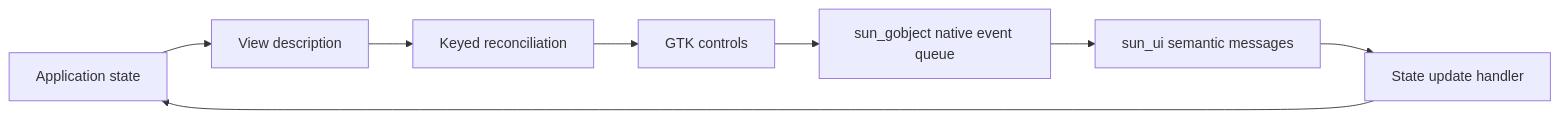
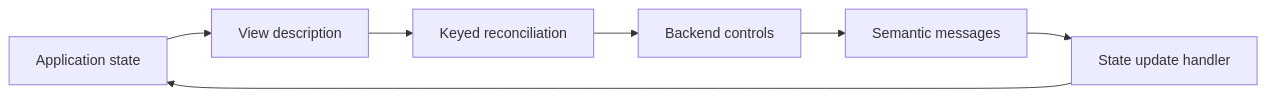
Before and after one commit to namo-robotics/sun_ui: the diagram in README.md, drawn with Mermaid. The commit also changed other lines of this file, not shown here.

````diff
--- a/README.md
+++ b/README.md
@@ -212,10 +141,9 @@
 ```mermaid
 flowchart LR
     State[Application state] --> View[View description]
     View --> Tree[Keyed reconciliation]
-    Tree --> GTK[GTK controls]
-    GTK --> Native[sun_gobject native event queue]
-    Native --> Queue[sun_ui semantic messages]
-    Queue --> Handler[State update handler]
+    Tree --> Backend[Backend controls]
+    Backend --> Events[Semantic messages]
+    Events --> Handler[State update handler]
     Handler --> State
 ```
````
